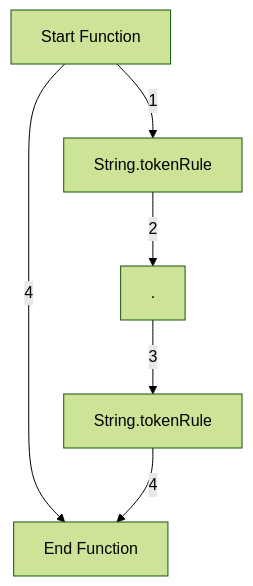
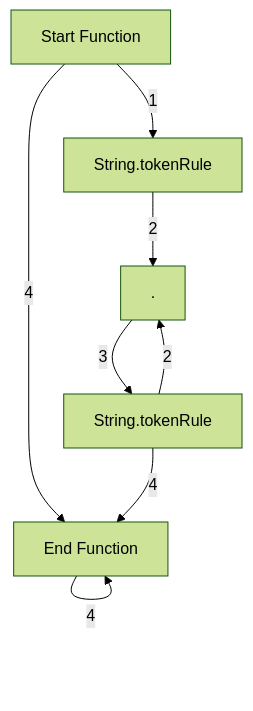
One commit to DavidBlairs/Tkinter_JSON changed the second of 4 diagrams in README.md. Above: the diagram before and after it, drawn with Mermaid (forest theme). The commit also changed other lines of this file, not shown here.

````diff
--- a/README.md
+++ b/README.md
@@ -20,8 +22,10 @@
 ```mermaid
 graph TD;
 A["Start Function"] --> |1| B["String.tokenRule"];
 A --> |4| E["End Function"];
 B --> |2| C["."];
 C --> |3| D["String.tokenRule"];
-D --> |4| E; 
+D --> |4| E;
+D --> |2| C;
+E --> |4| E;
 ```
````
